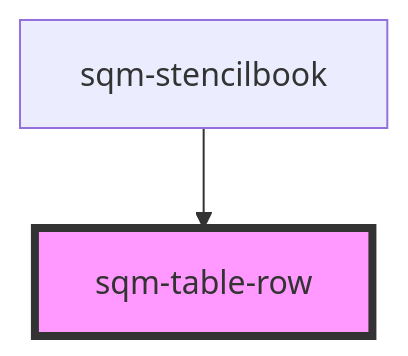
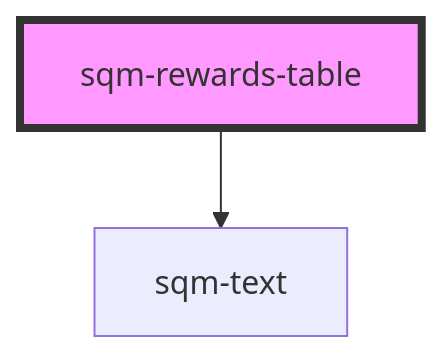
One commit to saasquatch/program-tools changed the diagram in packages/mint-components/src/components/sqm-rewards-table/readme.md. Above: the diagram before and after it, drawn with Mermaid. The commit also changed other lines of this file and 11 other files, not shown here.

````diff
--- a/packages/mint-components/src/components/sqm-rewards-table/readme.md
+++ b/packages/mint-components/src/components/sqm-rewards-table/readme.md
@@ -22,5 +28,5 @@
 ```mermaid
 graph TD;
-  sqm-stencilbook --> sqm-table-row
-  style sqm-table-row fill:#f9f,stroke:#333,stroke-width:4px
+  sqm-rewards-table --> sqm-text
+  style sqm-rewards-table fill:#f9f,stroke:#333,stroke-width:4px
 ```
````
